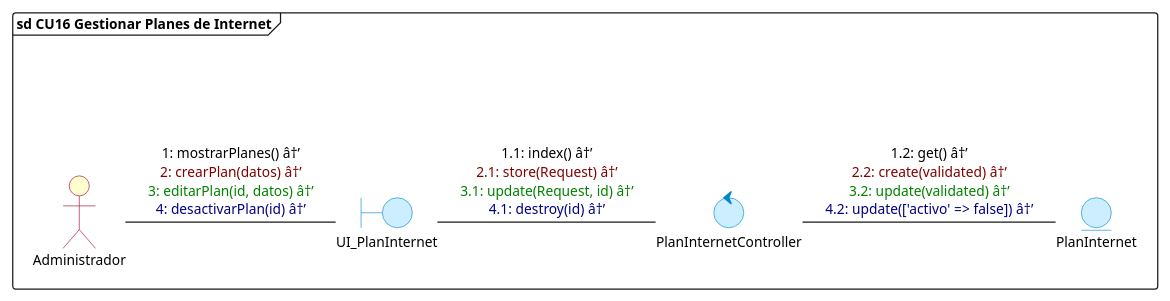
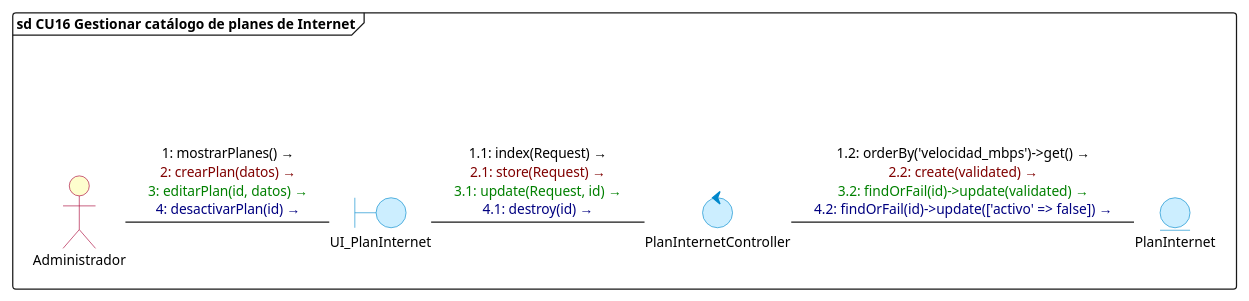
Diagram 16 of 17 in diagramas/comunicacion/diagramas_comunicacion_todos_cu.puml (DiogoMars777/TELCOM-2.0), drawn with PlantUML before and after one commit. The commit also changed other lines of this file and 16 other files, not shown here.

Commit message:
docs: actualizar diagramas de comunicacion CU01 al CU17 con modelos y tablas canonicas de BD

```diff
--- a/diagramas/comunicacion/diagramas_comunicacion_todos_cu.puml
+++ b/diagramas/comunicacion/diagramas_comunicacion_todos_cu.puml
@@ -495,31 +544,31 @@
 @startuml cu16_gestionar_catalogo_planes
 skinparam backgroundColor white
 skinparam defaultFontName "Segoe UI"
 skinparam defaultFontSize 11
 skinparam interfaceBackgroundColor transparent
 skinparam interfaceBorderColor transparent
 skinparam actorBackgroundColor #FEFECE
 skinparam actorBorderColor #A80036
 skinparam boundaryBackgroundColor #CCEEFF
 skinparam boundaryBorderColor #0088CC
 skinparam controlBackgroundColor #CCEEFF
 skinparam controlBorderColor #0088CC
 skinparam entityBackgroundColor #CCEEFF
 skinparam entityBorderColor #0088CC
 
-frame "sd CU16 Gestionar Planes de Internet" {
+frame "sd CU16 Gestionar catálogo de planes de Internet" {
     () " " as spacer
-    actor Administrador
+    actor "Administrador" as Administrador
     boundary UI_PlanInternet
     control PlanInternetController
     entity PlanInternet
 
     spacer -[hidden]down- Administrador
 
-    Administrador -right- UI_PlanInternet : <font color=#000000>1: mostrarPlanes() â†’</font>\n<font color=#800000>2: crearPlan(datos) â†’</font>\n<font color=#008000>3: editarPlan(id, datos) â†’</font>\n<font color=#000080>4: desactivarPlan(id) â†’</font>
+    Administrador -right- UI_PlanInternet : <font color=#000000>1: mostrarPlanes() →</font>\n<font color=#800000>2: crearPlan(datos) →</font>\n<font color=#008000>3: editarPlan(id, datos) →</font>\n<font color=#000080>4: desactivarPlan(id) →</font>
 
-    UI_PlanInternet -right- PlanInternetController : <font color=#000000>1.1: index() â†’</font>\n<font color=#800000>2.1: store(Request) â†’</font>\n<font color=#008000>3.1: update(Request, id) â†’</font>\n<font color=#000080>4.1: destroy(id) â†’</font>
+    UI_PlanInternet -right- PlanInternetController : <font color=#000000>1.1: index(Request) →</font>\n<font color=#800000>2.1: store(Request) →</font>\n<font color=#008000>3.1: update(Request, id) →</font>\n<font color=#000080>4.1: destroy(id) →</font>
 
-    PlanInternetController -right- PlanInternet : <font color=#000000>1.2: get() â†’</font>\n<font color=#800000>2.2: create(validated) â†’</font>\n<font color=#008000>3.2: update(validated) â†’</font>\n<font color=#000080>4.2: update(['activo' => false]) â†’</font>
+    PlanInternetController -right- PlanInternet : <font color=#000000>1.2: orderBy('velocidad_mbps')->get() →</font>\n<font color=#800000>2.2: create(validated) →</font>\n<font color=#008000>3.2: findOrFail(id)->update(validated) →</font>\n<font color=#000080>4.2: findOrFail(id)->update(['activo' => false]) →</font>
 }
 @enduml
```
